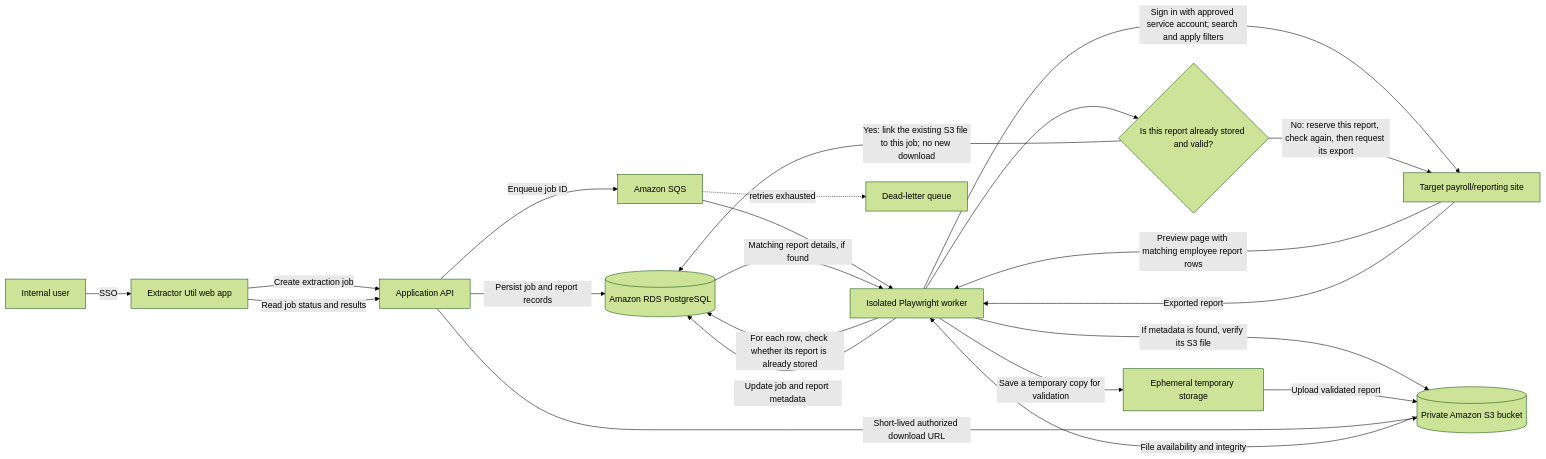
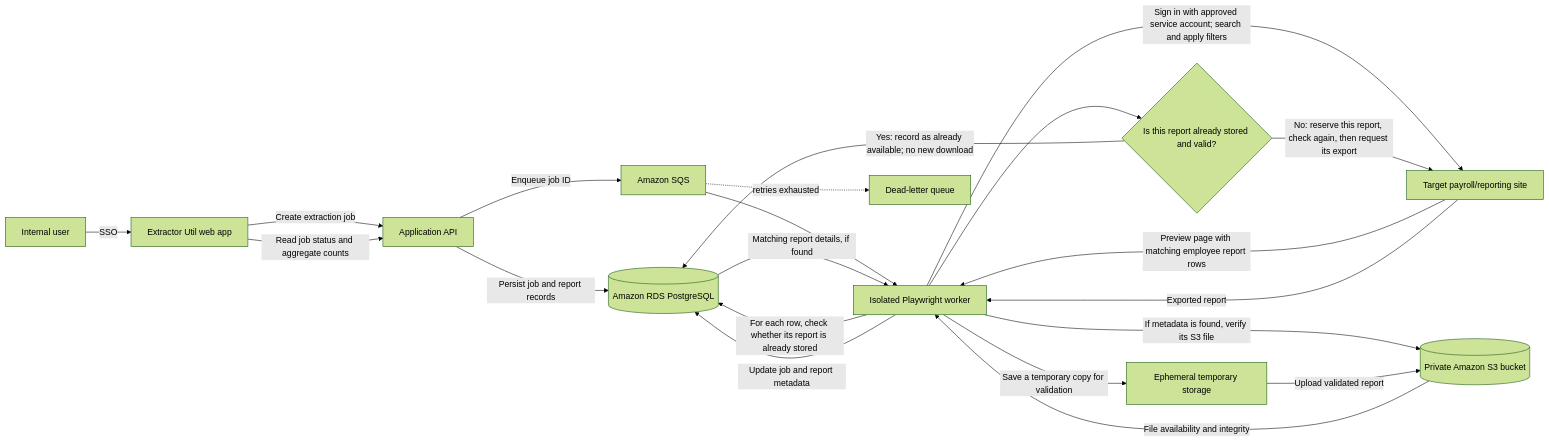
The diagram in solution-design.md (karthiks2k/extractor-util), drawn with Mermaid (forest theme) before and after one commit. The commit also changed other lines of this file, not shown here.

````diff
--- a/solution-design.md
+++ b/solution-design.md
@@ -33,24 +33,23 @@
 ```mermaid
 flowchart LR
     User[Internal user] -->|SSO| UI[Extractor Util web app]
     UI -->|Create extraction job| API[Application API]
     API -->|Persist job and report records| DB[(Amazon RDS PostgreSQL)]
     API -->|Enqueue job ID| Queue[Amazon SQS]
     Queue --> Worker[Isolated Playwright worker]
     Worker -->|Sign in with approved service account; search and apply filters| Target[Target payroll/reporting site]
     Target -->|Preview page with matching employee report rows| Worker
     Worker -->|For each row, check whether its report is already stored| DB
     DB -->|Matching report details, if found| Worker
     Worker -->|If metadata is found, verify its S3 file| S3[(Private Amazon S3 bucket)]
     S3 -->|File availability and integrity| Worker
     Worker --> StoredReport{Is this report already stored and valid?}
-    StoredReport -->|Yes: link the existing S3 file to this job; no new download| DB
+    StoredReport -->|Yes: record as already available; no new download| DB
     StoredReport -->|No: reserve this report, check again, then request its export| Target
     Target -->|Exported report| Worker
     Worker -->|Save a temporary copy for validation| Temp[Ephemeral temporary storage]
     Temp -->|Upload validated report| S3
     Worker -->|Update job and report metadata| DB
-    UI -->|Read job status and results| API
-    API -->|Short-lived authorized download URL| S3
+    UI -->|Read job status and aggregate counts| API
     Queue -. retries exhausted .-> DLQ[Dead-letter queue]
 ```
````
